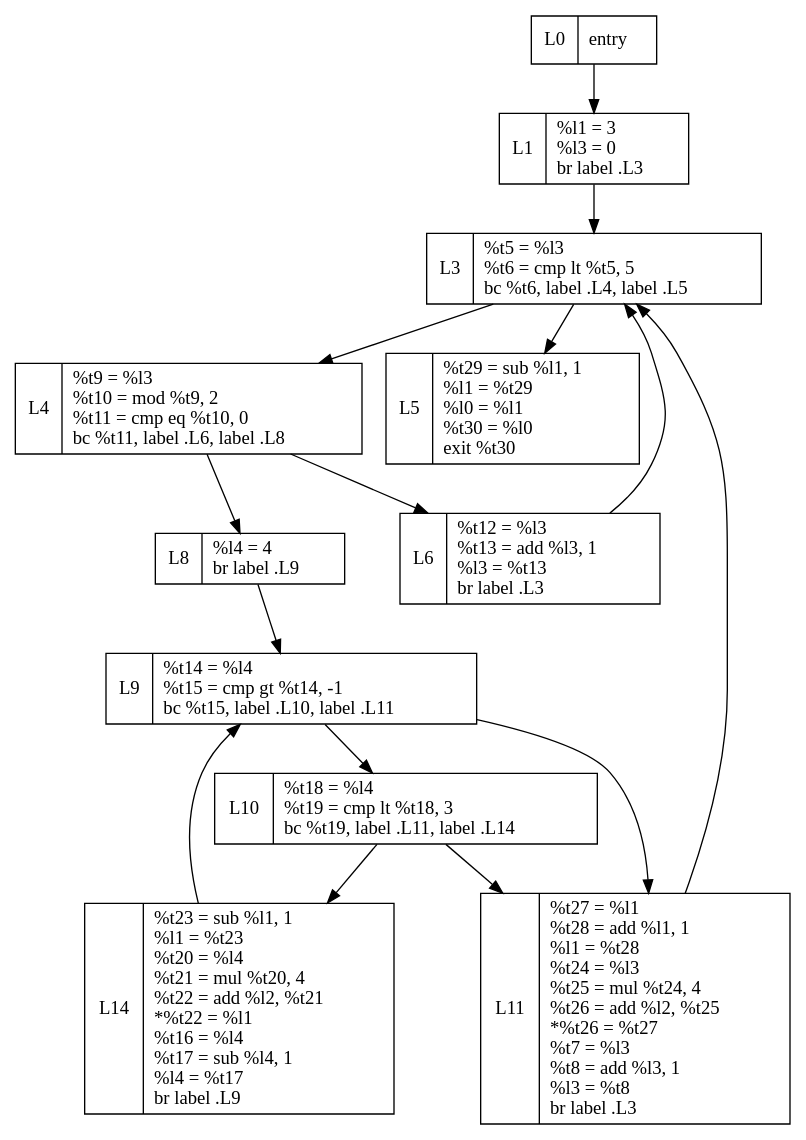
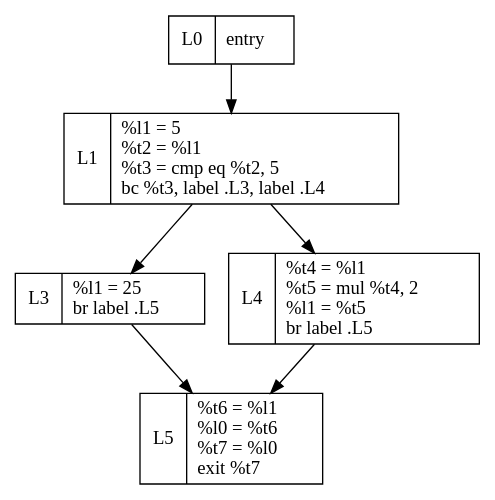
The diagram in test.dot (LC044/MiniC), drawn with Graphviz before and after one commit. The commit also changed 15 other files, not shown here.

```diff
--- a/test.dot
+++ b/test.dot
@@ -1,28 +1,13 @@
 digraph{
  node[shape = record];
  entry [label="L0 | entry \l"];
-L1 [label="L1 |      %l1 = 3 \l     %l3 = 0 \l     br label .L3 \l  "];
-L3 [label="L3 |      %t5 = %l3 \l     %t6 = cmp lt %t5, 5 \l     bc %t6, label .L4, label .L5 \l  "];
-L4 [label="L4 |      %t9 = %l3 \l     %t10 = mod %t9, 2 \l     %t11 = cmp eq %t10, 0 \l     bc %t11, label .L6, label .L8 \l  "];
-L6 [label="L6 |      %t12 = %l3 \l     %t13 = add %l3, 1 \l     %l3 = %t13 \l     br label .L3 \l  "];
-L8 [label="L8 |      %l4 = 4 \l     br label .L9 \l  "];
-L9 [label="L9 |      %t14 = %l4 \l     %t15 = cmp gt %t14, -1 \l     bc %t15, label .L10, label .L11 \l  "];
-L10 [label="L10 |      %t18 = %l4 \l     %t19 = cmp lt %t18, 3 \l     bc %t19, label .L11, label .L14 \l  "];
-L14 [label="L14 |      %t23 = sub %l1, 1 \l     %l1 = %t23 \l     %t20 = %l4 \l     %t21 = mul %t20, 4 \l     %t22 = add %l2, %t21 \l     *%t22 = %l1 \l     %t16 = %l4 \l     %t17 = sub %l4, 1 \l     %l4 = %t17 \l     br label .L9 \l  "];
-L11 [label="L11 |      %t27 = %l1 \l     %t28 = add %l1, 1 \l     %l1 = %t28 \l     %t24 = %l3 \l     %t25 = mul %t24, 4 \l     %t26 = add %l2, %t25 \l     *%t26 = %t27 \l     %t7 = %l3 \l     %t8 = add %l3, 1 \l     %l3 = %t8 \l     br label .L3 \l  "];
-L5 [label="L5 |      %t29 = sub %l1, 1 \l     %l1 = %t29 \l     %l0 = %l1 \l     %t30 = %l0 \l     exit %t30 \l  "];
+L1 [label="L1 |      %l1 = 5 \l     %t2 = %l1 \l     %t3 = cmp eq %t2, 5 \l     bc %t3, label .L3, label .L4 \l  "];
+L3 [label="L3 |      %l1 = 25 \l     br label .L5 \l  "];
+L4 [label="L4 |      %t4 = %l1 \l     %t5 = mul %t4, 2 \l     %l1 = %t5 \l     br label .L5 \l  "];
+L5 [label="L5 |      %t6 = %l1 \l     %l0 = %t6 \l     %t7 = %l0 \l     exit %t7 \l  "];
 entry -> L1;
 L1 -> L3;
-L3 -> L4;
+L1 -> L4;
 L3 -> L5;
-L4 -> L6;
-L4 -> L8;
-L6 -> L3;
-L8 -> L9;
-L9 -> L10;
-L9 -> L11;
-L10 -> L11;
-L10 -> L14;
-L14 -> L9;
-L11 -> L3;
+L4 -> L5;
 }
```
